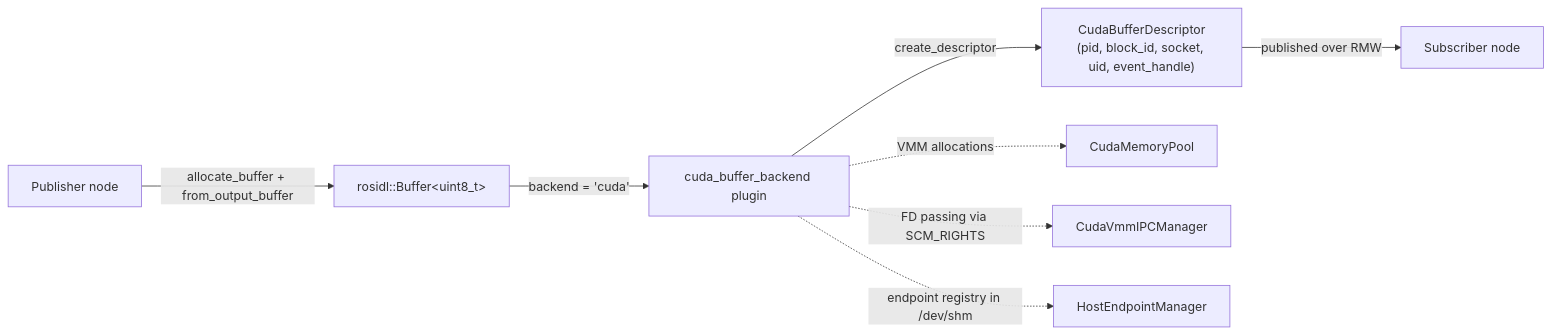
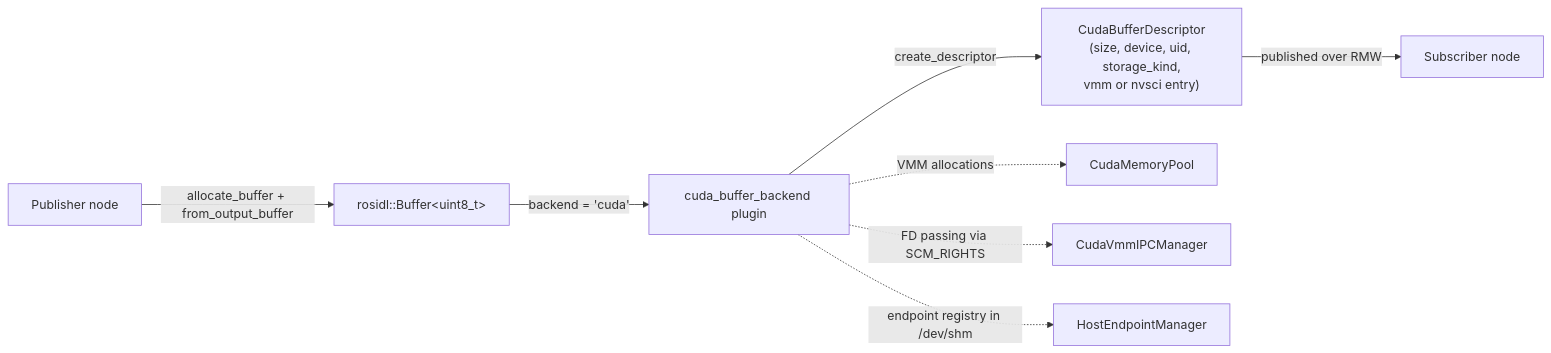
The first of 8 diagrams in cuda_buffer_backend/docs/cuda_buffer_backend_design.md (ayusmans/rosidl_buffer_backends), drawn with Mermaid before and after one commit. The commit also changed other lines of this file and 7 other files, not shown here.

First line of the commit message:
Nest per-backend fields of CudaBufferDescriptor and version its layout

````diff
--- a/cuda_buffer_backend/docs/cuda_buffer_backend_design.md
+++ b/cuda_buffer_backend/docs/cuda_buffer_backend_design.md
@@ -17,13 +17,13 @@
 ```mermaid
 flowchart LR
   Pub["Publisher node"]
   Sub["Subscriber node"]
 
   Pub -->|"allocate_buffer + from_output_buffer"| Buffer["rosidl::Buffer&lt;uint8_t&gt;"]
   Buffer -->|"backend = 'cuda'"| Plugin[cuda_buffer_backend plugin]
-  Plugin -->|"create_descriptor"| Descriptor["CudaBufferDescriptor<br/>(pid, block_id, socket, uid, event_handle)"]
+  Plugin -->|"create_descriptor"| Descriptor["CudaBufferDescriptor<br/>(size, device, uid, storage_kind,<br/>vmm or nvsci entry)"]
   Descriptor -->|"published over RMW"| Sub
   Plugin -.->|"VMM allocations"| Pool[CudaMemoryPool]
   Plugin -.->|"FD passing via SCM_RIGHTS"| IPC[CudaVmmIPCManager]
   Plugin -.->|"endpoint registry in /dev/shm"| HEM[HostEndpointManager]
 ```
````
